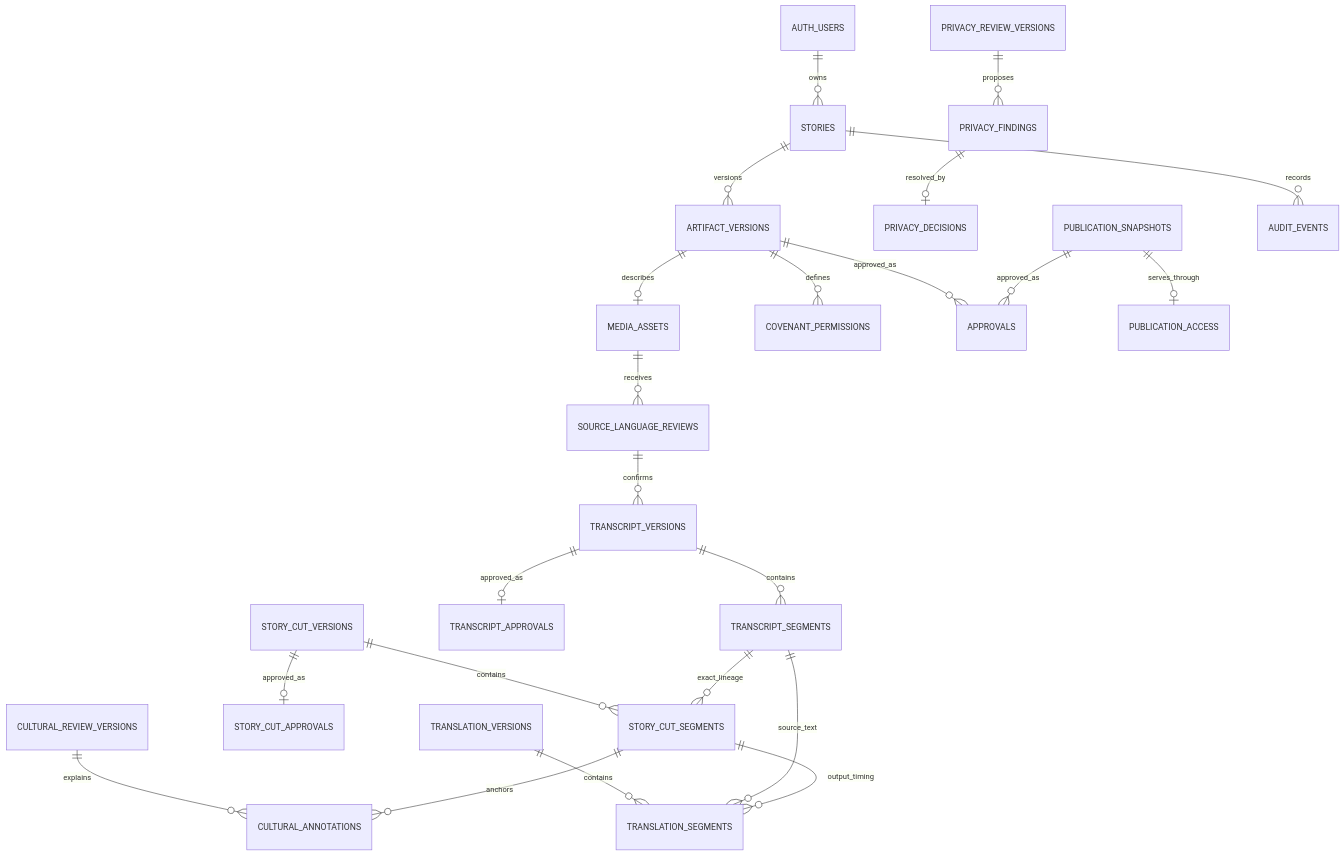
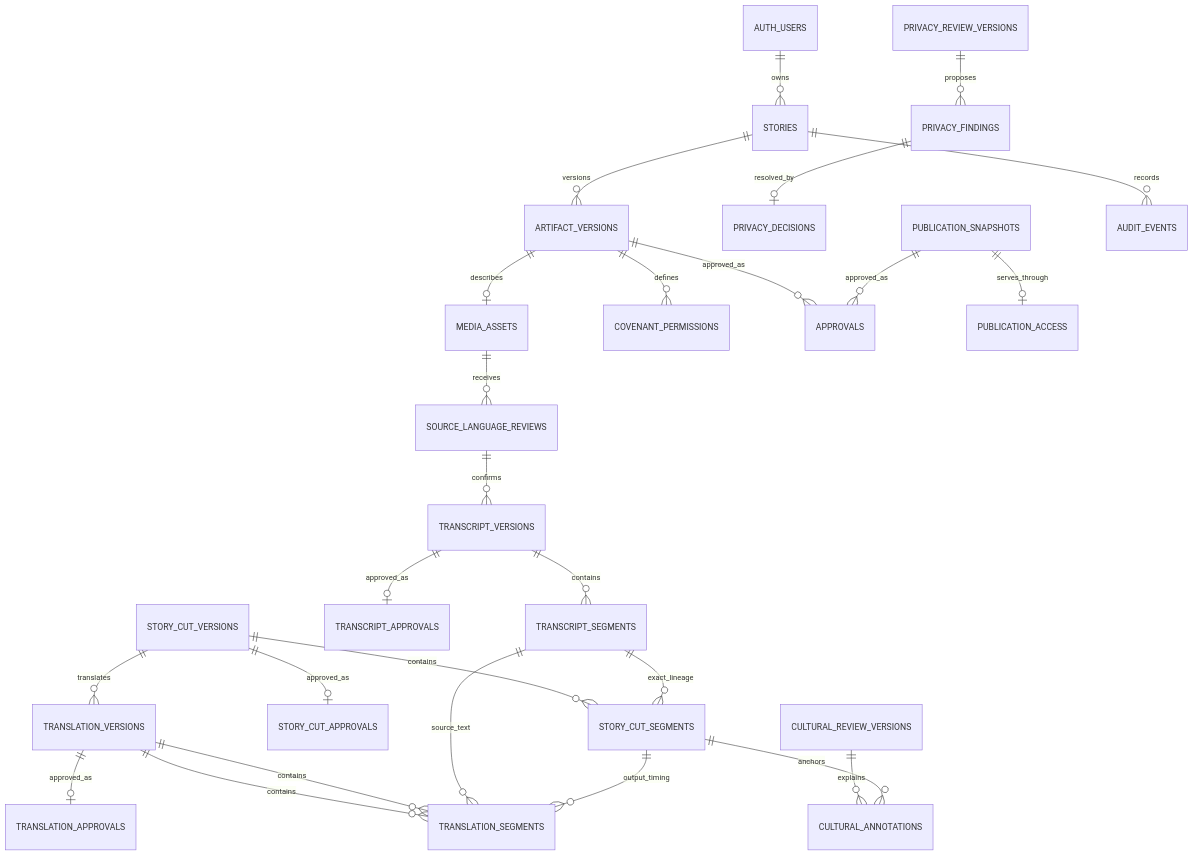
Before and after one commit to Olugbenga-Aderoba/irin-stories: the diagram in docs/data-model.md, drawn with Mermaid. The commit also changed other lines of this file and 14 other files, not shown here.

````diff
--- a/docs/data-model.md
+++ b/docs/data-model.md
@@ -23,25 +23,28 @@
 ```mermaid
 erDiagram
   AUTH_USERS ||--o{ STORIES : owns
   STORIES ||--o{ ARTIFACT_VERSIONS : versions
   ARTIFACT_VERSIONS ||--o| MEDIA_ASSETS : describes
   MEDIA_ASSETS ||--o{ SOURCE_LANGUAGE_REVIEWS : receives
   SOURCE_LANGUAGE_REVIEWS ||--o{ TRANSCRIPT_VERSIONS : confirms
   TRANSCRIPT_VERSIONS ||--o{ TRANSCRIPT_SEGMENTS : contains
   TRANSCRIPT_VERSIONS ||--o| TRANSCRIPT_APPROVALS : approved_as
   STORY_CUT_VERSIONS ||--o{ STORY_CUT_SEGMENTS : contains
   STORY_CUT_VERSIONS ||--o| STORY_CUT_APPROVALS : approved_as
   TRANSCRIPT_SEGMENTS ||--o{ STORY_CUT_SEGMENTS : exact_lineage
+  STORY_CUT_VERSIONS ||--o{ TRANSLATION_VERSIONS : translates
+  TRANSLATION_VERSIONS ||--o{ TRANSLATION_SEGMENTS : contains
+  TRANSLATION_VERSIONS ||--o| TRANSLATION_APPROVALS : approved_as
   CULTURAL_REVIEW_VERSIONS ||--o{ CULTURAL_ANNOTATIONS : explains
   STORY_CUT_SEGMENTS ||--o{ CULTURAL_ANNOTATIONS : anchors
   TRANSLATION_VERSIONS ||--o{ TRANSLATION_SEGMENTS : contains
   TRANSCRIPT_SEGMENTS ||--o{ TRANSLATION_SEGMENTS : source_text
   STORY_CUT_SEGMENTS ||--o{ TRANSLATION_SEGMENTS : output_timing
   PRIVACY_REVIEW_VERSIONS ||--o{ PRIVACY_FINDINGS : proposes
   PRIVACY_FINDINGS ||--o| PRIVACY_DECISIONS : resolved_by
   ARTIFACT_VERSIONS ||--o{ COVENANT_PERMISSIONS : defines
   ARTIFACT_VERSIONS ||--o{ APPROVALS : approved_as
   PUBLICATION_SNAPSHOTS ||--o{ APPROVALS : approved_as
   PUBLICATION_SNAPSHOTS ||--o| PUBLICATION_ACCESS : serves_through
   STORIES ||--o{ AUDIT_EVENTS : records
 ```
````
